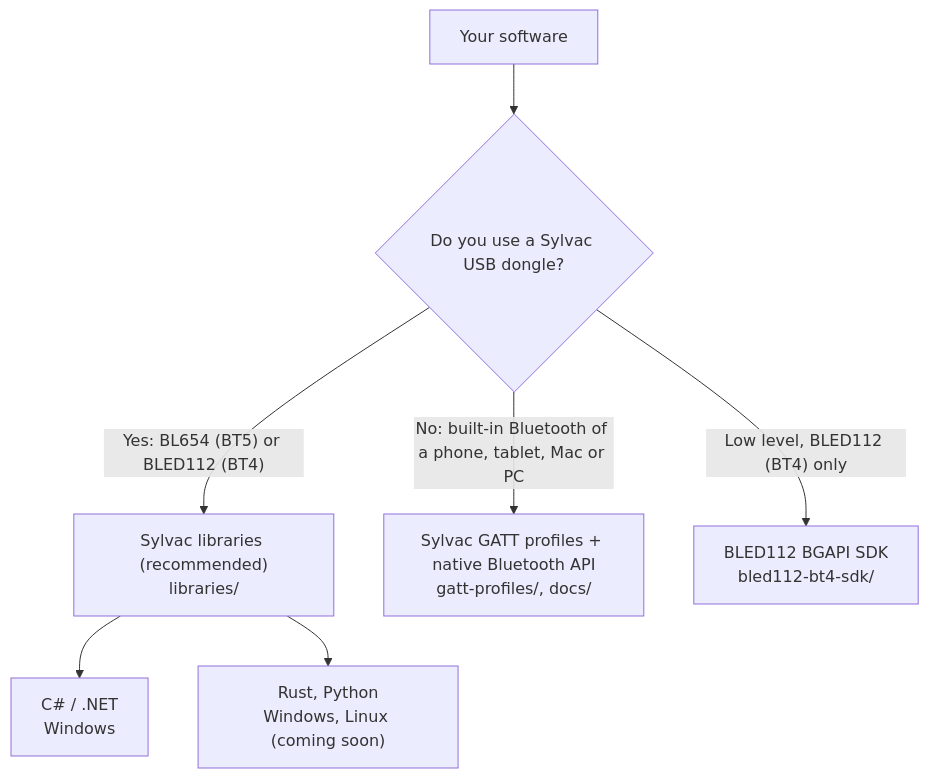
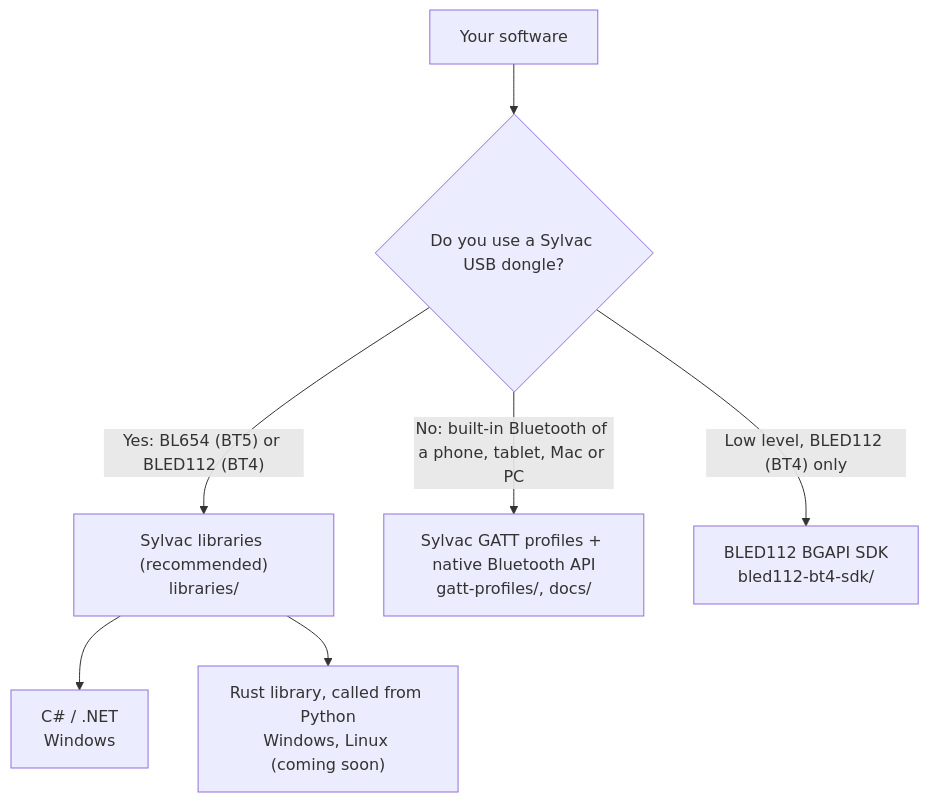
The diagram in README.md (SylvacDev/BluetoothDevTools), drawn with Mermaid before and after one commit. The commit also changed other lines of this file and 1 other file, not shown here.

Commit message:
Rust library: describe Python as the caller, not a separate library

````diff
--- a/README.md
+++ b/README.md
@@ -25,9 +25,9 @@
 ```mermaid
 flowchart TD
     A[Your software] --> B{Do you use a Sylvac USB dongle?}
     B -->|"Yes: BL654 (BT5) or BLED112 (BT4)"| L["Sylvac libraries (recommended)<br/>libraries/"]
     L --> CS["C# / .NET<br/>Windows"]
-    L --> RS["Rust, Python<br/>Windows, Linux (coming soon)"]
+    L --> RS["Rust library, called from Python<br/>Windows, Linux (coming soon)"]
     B -->|"No: built-in Bluetooth of a phone, tablet, Mac or PC"| G["Sylvac GATT profiles + native Bluetooth API<br/>gatt-profiles/, docs/"]
     B -->|"Low level, BLED112 (BT4) only"| S["BLED112 BGAPI SDK<br/>bled112-bt4-sdk/"]
 ```
````
